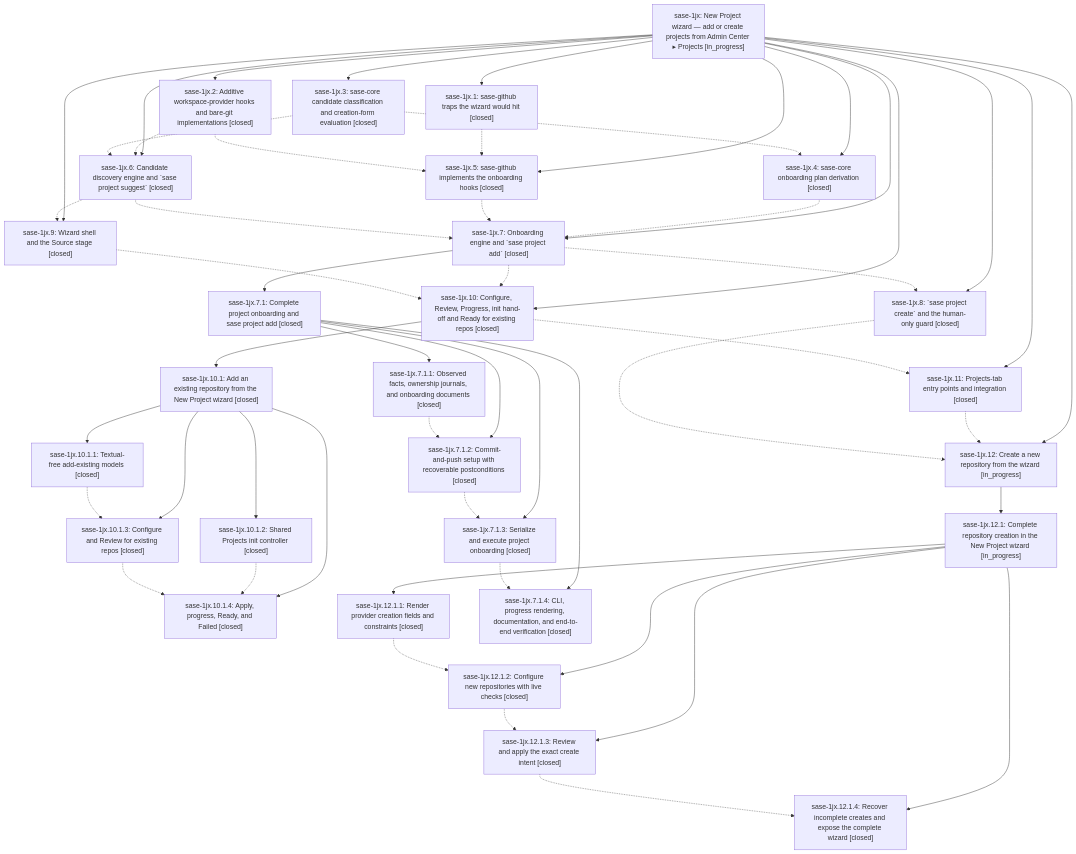
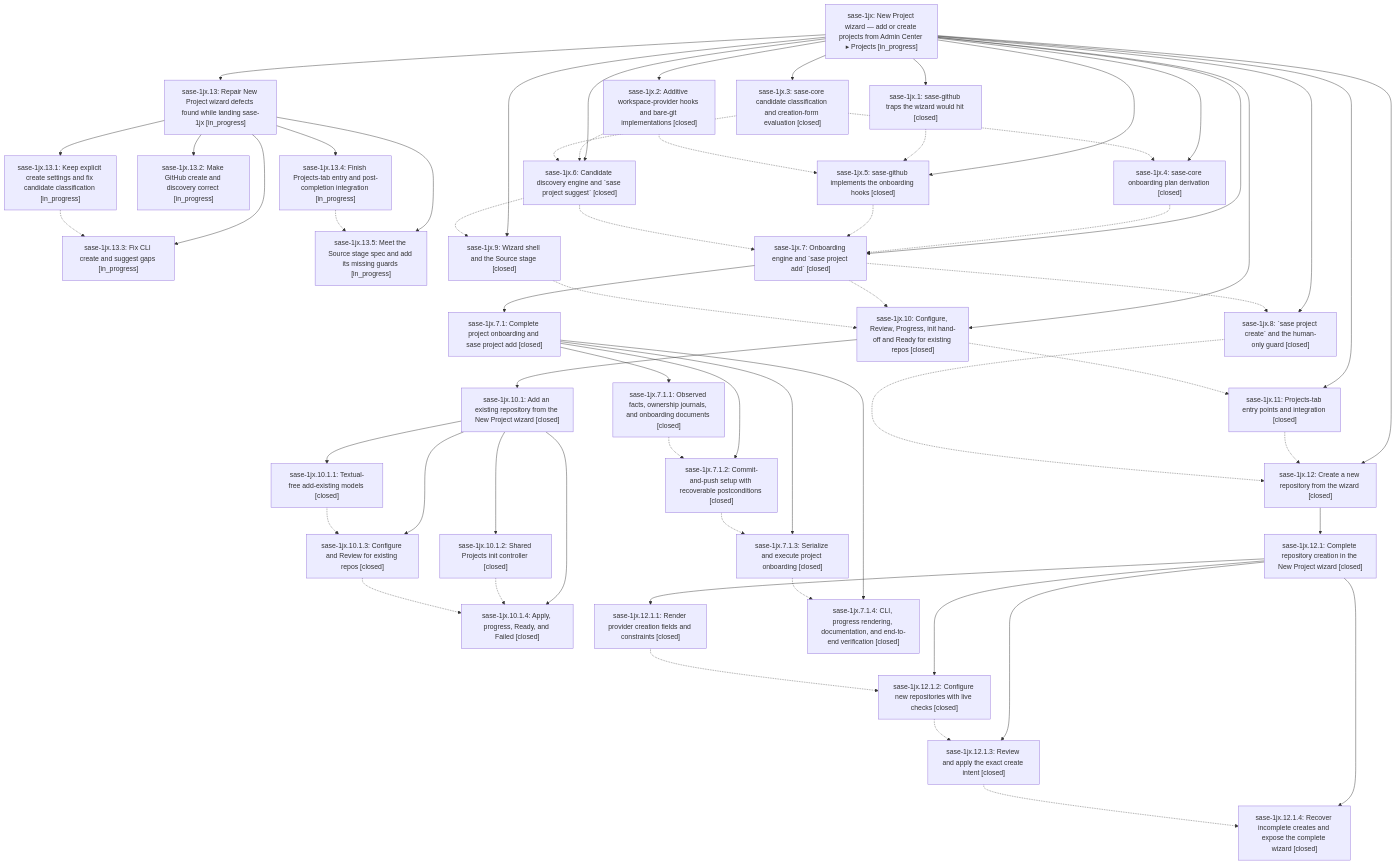
Before and after one commit to sase-org/sase--beads: the diagram in pages/sase-1jx/README.md, drawn with Mermaid. The commit also changed other lines of this file and 11 other files, not shown here.

````diff
--- a/pages/sase-1jx/README.md
+++ b/pages/sase-1jx/README.md
@@ -65,25 +98,31 @@
     n6["sase-1jx.10.1.3: Configure and Review for existing repos [closed]"]
     n7["sase-1jx.10.1.4: Apply, progress, Ready, and Failed [closed]"]
     n8["sase-1jx.11: Projects-tab entry points and integration [closed]"]
-    n9["sase-1jx.12: Create a new repository from the wizard [in_progress]"]
-    n10["sase-1jx.12.1: Complete repository creation in the New Project wizard [in_progress]"]
+    n9["sase-1jx.12: Create a new repository from the wizard [closed]"]
+    n10["sase-1jx.12.1: Complete repository creation in the New Project wizard [closed]"]
     n11["sase-1jx.12.1.1: Render provider creation fields and constraints [closed]"]
     n12["sase-1jx.12.1.2: Configure new repositories with live checks [closed]"]
     n13["sase-1jx.12.1.3: Review and apply the exact create intent [closed]"]
     n14["sase-1jx.12.1.4: Recover incomplete creates and expose the complete wizard [closed]"]
-    n15["sase-1jx.2: Additive workspace-provider hooks and bare-git implementations [closed]"]
-    n16["sase-1jx.3: sase-core candidate classification and creation-form evaluation [closed]"]
-    n17["sase-1jx.4: sase-core onboarding plan derivation [closed]"]
-    n18["sase-1jx.5: sase-github implements the onboarding hooks [closed]"]
-    n19["sase-1jx.6: Candidate discovery engine and `sase project suggest` [closed]"]
-    n20["sase-1jx.7: Onboarding engine and `sase project add` [closed]"]
-    n21["sase-1jx.7.1: Complete project onboarding and sase project add [closed]"]
-    n22["sase-1jx.7.1.1: Observed facts, ownership journals, and onboarding documents [closed]"]
-    n23["sase-1jx.7.1.2: Commit-and-push setup with recoverable postconditions [closed]"]
-    n24["sase-1jx.7.1.3: Serialize and execute project onboarding [closed]"]
-    n25["sase-1jx.7.1.4: CLI, progress rendering, documentation, and end-to-end verification [closed]"]
-    n26["sase-1jx.8: `sase project create` and the human-only guard [closed]"]
-    n27["sase-1jx.9: Wizard shell and the Source stage [closed]"]
+    n15["sase-1jx.13: Repair New Project wizard defects found while landing sase-1jx [in_progress]"]
+    n16["sase-1jx.13.1: Keep explicit create settings and fix candidate classification [in_progress]"]
+    n17["sase-1jx.13.2: Make GitHub create and discovery correct [in_progress]"]
+    n18["sase-1jx.13.3: Fix CLI create and suggest gaps [in_progress]"]
+    n19["sase-1jx.13.4: Finish Projects-tab entry and post-completion integration [in_progress]"]
+    n20["sase-1jx.13.5: Meet the Source stage spec and add its missing guards [in_progress]"]
+    n21["sase-1jx.2: Additive workspace-provider hooks and bare-git implementations [closed]"]
+    n22["sase-1jx.3: sase-core candidate classification and creation-form evaluation [closed]"]
+    n23["sase-1jx.4: sase-core onboarding plan derivation [closed]"]
+    n24["sase-1jx.5: sase-github implements the onboarding hooks [closed]"]
+    n25["sase-1jx.6: Candidate discovery engine and `sase project suggest` [closed]"]
+    n26["sase-1jx.7: Onboarding engine and `sase project add` [closed]"]
+    n27["sase-1jx.7.1: Complete project onboarding and sase project add [closed]"]
+    n28["sase-1jx.7.1.1: Observed facts, ownership journals, and onboarding documents [closed]"]
+    n29["sase-1jx.7.1.2: Commit-and-push setup with recoverable postconditions [closed]"]
+    n30["sase-1jx.7.1.3: Serialize and execute project onboarding [closed]"]
+    n31["sase-1jx.7.1.4: CLI, progress rendering, documentation, and end-to-end verification [closed]"]
+    n32["sase-1jx.8: `sase project create` and the human-only guard [closed]"]
+    n33["sase-1jx.9: Wizard shell and the Source stage [closed]"]
     n0 --> n1
     n0 --> n2
     n2 --> n3
@@ -99,19 +138,25 @@
     n10 --> n13
     n10 --> n14
     n0 --> n15
-    n0 --> n16
-    n0 --> n17
-    n0 --> n18
-    n0 --> n19
-    n0 --> n20
-    n20 --> n21
-    n21 --> n22
-    n21 --> n23
-    n21 --> n24
-    n21 --> n25
+    n15 --> n16
+    n15 --> n17
+    n15 --> n18
+    n15 --> n19
+    n15 --> n20
+    n0 --> n21
+    n0 --> n22
+    n0 --> n23
+    n0 --> n24
+    n0 --> n25
     n0 --> n26
-    n0 --> n27
-    n1 -.-> n18
+    n26 --> n27
+    n27 --> n28
+    n27 --> n29
+    n27 --> n30
+    n27 --> n31
+    n0 --> n32
+    n0 --> n33
+    n1 -.-> n24
     n2 -.-> n8
     n4 -.-> n6
     n5 -.-> n7
@@ -120,19 +165,21 @@
     n11 -.-> n12
     n12 -.-> n13
     n13 -.-> n14
-    n15 -.-> n18
-    n15 -.-> n19
-    n16 -.-> n17
-    n16 -.-> n19
-    n17 -.-> n20
-    n18 -.-> n20
+    n16 -.-> n18
     n19 -.-> n20
-    n19 -.-> n27
-    n20 -.-> n2
-    n20 -.-> n26
+    n21 -.-> n24
+    n21 -.-> n25
     n22 -.-> n23
-    n23 -.-> n24
-    n24 -.-> n25
-    n26 -.-> n9
-    n27 -.-> n2
+    n22 -.-> n25
+    n23 -.-> n26
+    n24 -.-> n26
+    n25 -.-> n26
+    n25 -.-> n33
+    n26 -.-> n2
+    n26 -.-> n32
+    n28 -.-> n29
+    n29 -.-> n30
+    n30 -.-> n31
+    n32 -.-> n9
+    n33 -.-> n2
 ```
````
